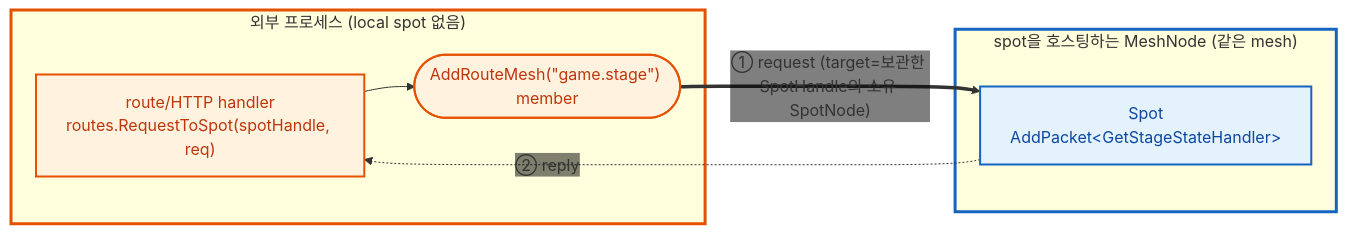
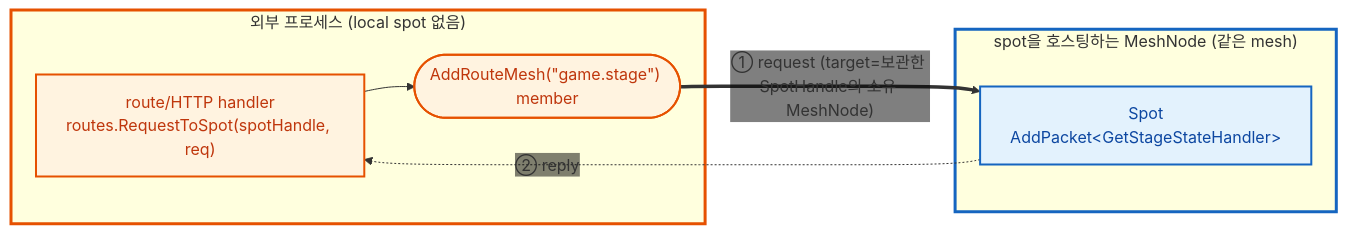
Before and after one commit to kairos-code-dev/zlink: the eighth of 8 diagrams in framework/doc/framework/dotnet/guide/06-spot.ko.md, drawn with Mermaid. The commit also changed other lines of this file and 8 other files, not shown here.

First line of the commit message:
docs(dotnet): finish MeshNode guide terminology

````diff
--- a/framework/doc/framework/dotnet/guide/06-spot.ko.md
+++ b/framework/doc/framework/dotnet/guide/06-spot.ko.md
@@ -1016,20 +1016,20 @@
 ```mermaid
 %%{init: {'themeVariables': {'edgeLabelBackground':'transparent'}}}%%
 flowchart LR
   subgraph ext["외부 프로세스 (local spot 없음)"]
     h["route/HTTP handler<br/>routes.RequestToSpot(spotHandle, req)"]
     c(["AddRouteMesh(&quot;game.stage&quot;) member"])
     h --> c
   end
   subgraph sn["spot을 호스팅하는 MeshNode (같은 mesh)"]
     sp["Spot<br/>AddPacket&lt;GetStageStateHandler&gt;"]
   end
-  c ==>|"① request (target=보관한 SpotHandle의 소유 SpotNode)"| sp
+  c ==>|"① request (target=보관한 SpotHandle의 소유 MeshNode)"| sp
   sp -.->|"② reply"| h
   classDef ownMesh fill:#e3f2fd,stroke:#1565c0,stroke-width:2px,color:#0d47a1;
   classDef extNode fill:#fff3e0,stroke:#e65100,stroke-width:2px,color:#bf360c;
   class sp ownMesh;
   class h,c extNode;
   style sn stroke:#1565c0,stroke-width:3px
   style ext stroke:#e65100,stroke-width:3px
 ```
````
